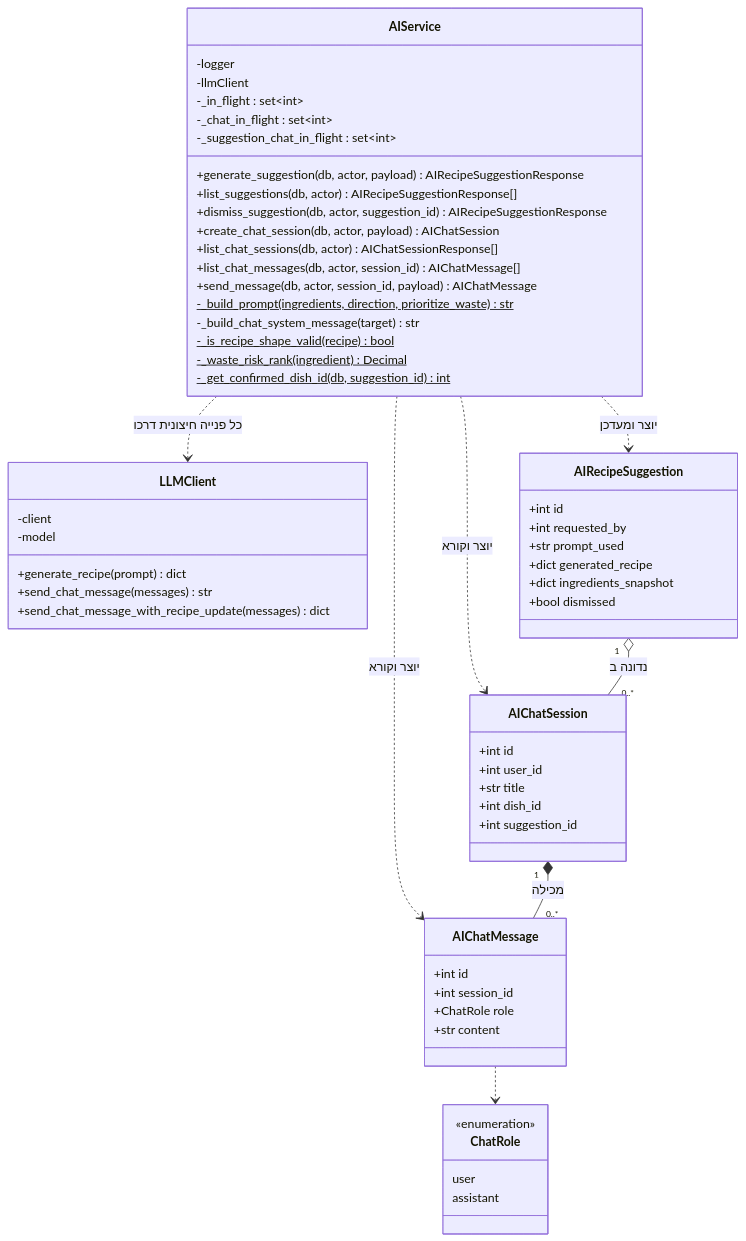
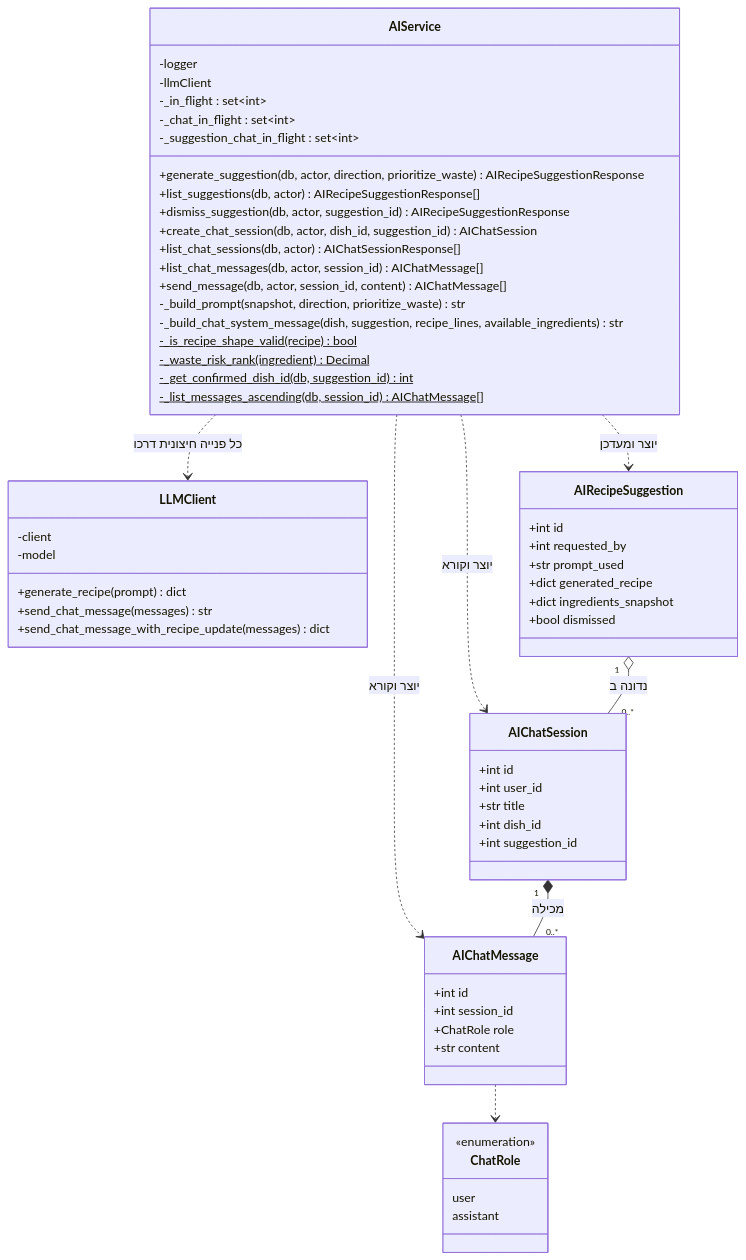
The diagram in מסמכים/הגשה/diagrams/class-ai.md (RonZaretsky/Restaurant-Kitchen-Management-System), drawn with Mermaid before and after one commit. The commit also changed 12 other files, not shown here.

````diff
--- a/מסמכים/הגשה/diagrams/class-ai.md
+++ b/מסמכים/הגשה/diagrams/class-ai.md
@@ -3,70 +3,71 @@
 ```mermaid
 classDiagram
     direction TB
 
     class AIService {
         -logger
         -llmClient
         -_in_flight : set~int~
         -_chat_in_flight : set~int~
         -_suggestion_chat_in_flight : set~int~
-        +generate_suggestion(db, actor, payload) AIRecipeSuggestionResponse
+        +generate_suggestion(db, actor, direction, prioritize_waste) AIRecipeSuggestionResponse
         +list_suggestions(db, actor) AIRecipeSuggestionResponse[]
         +dismiss_suggestion(db, actor, suggestion_id) AIRecipeSuggestionResponse
-        +create_chat_session(db, actor, payload) AIChatSession
+        +create_chat_session(db, actor, dish_id, suggestion_id) AIChatSession
         +list_chat_sessions(db, actor) AIChatSessionResponse[]
         +list_chat_messages(db, actor, session_id) AIChatMessage[]
-        +send_message(db, actor, session_id, payload) AIChatMessage
-        -_build_prompt(ingredients, direction, prioritize_waste)$ str
-        -_build_chat_system_message(target) str
+        +send_message(db, actor, session_id, content) AIChatMessage[]
+        -_build_prompt(snapshot, direction, prioritize_waste) str
+        -_build_chat_system_message(dish, suggestion, recipe_lines, available_ingredients) str
         -_is_recipe_shape_valid(recipe)$ bool
         -_waste_risk_rank(ingredient)$ Decimal
         -_get_confirmed_dish_id(db, suggestion_id)$ int
+        -_list_messages_ascending(db, session_id)$ AIChatMessage[]
     }
 
     class LLMClient {
         -client
         -model
         +generate_recipe(prompt) dict
         +send_chat_message(messages) str
         +send_chat_message_with_recipe_update(messages) dict
     }
 
     class AIRecipeSuggestion {
         +int id
         +int requested_by
         +str prompt_used
         +dict generated_recipe
         +dict ingredients_snapshot
         +bool dismissed
     }
 
     class AIChatSession {
         +int id
         +int user_id
         +str title
         +int dish_id
         +int suggestion_id
     }
 
     class AIChatMessage {
         +int id
         +int session_id
         +ChatRole role
         +str content
     }
 
     class ChatRole {
         <<enumeration>>
         user
         assistant
     }
 
     AIService ..> LLMClient : כל פנייה חיצונית דרכו
     AIService ..> AIRecipeSuggestion : יוצר ומעדכן
     AIService ..> AIChatSession : יוצר וקורא
     AIService ..> AIChatMessage : יוצר וקורא
     AIRecipeSuggestion "1" o-- "0..*" AIChatSession : נדונה ב
     AIChatSession "1" *-- "0..*" AIChatMessage : מכילה
     AIChatMessage ..> ChatRole
 ```
````
